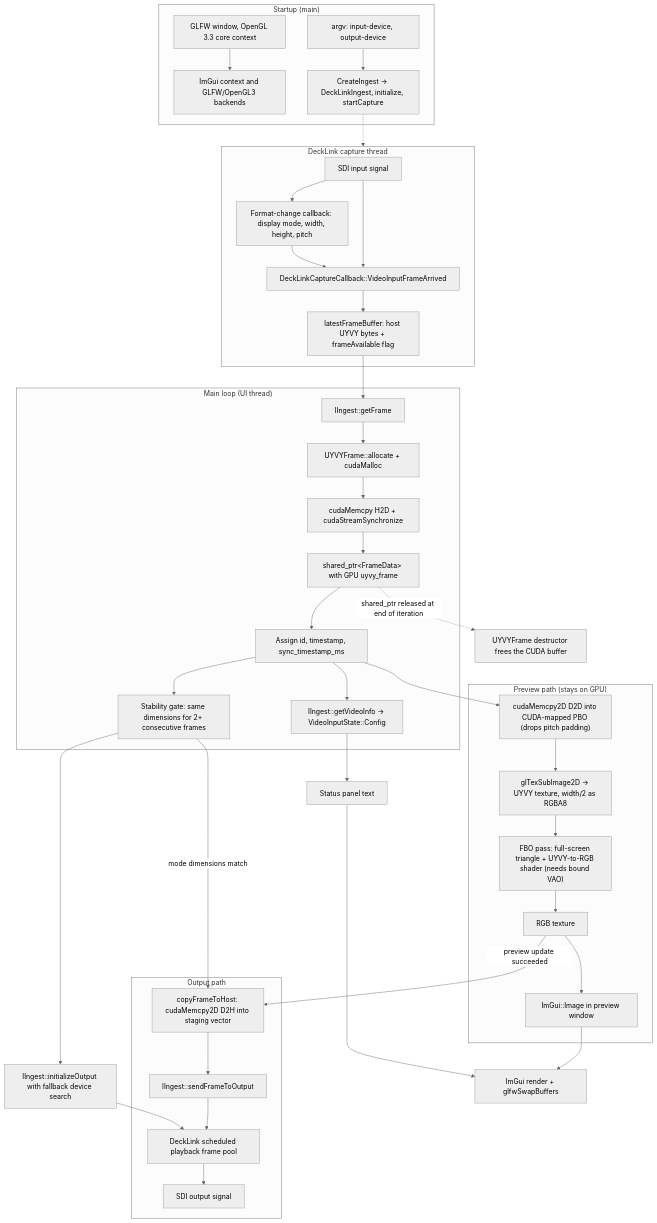
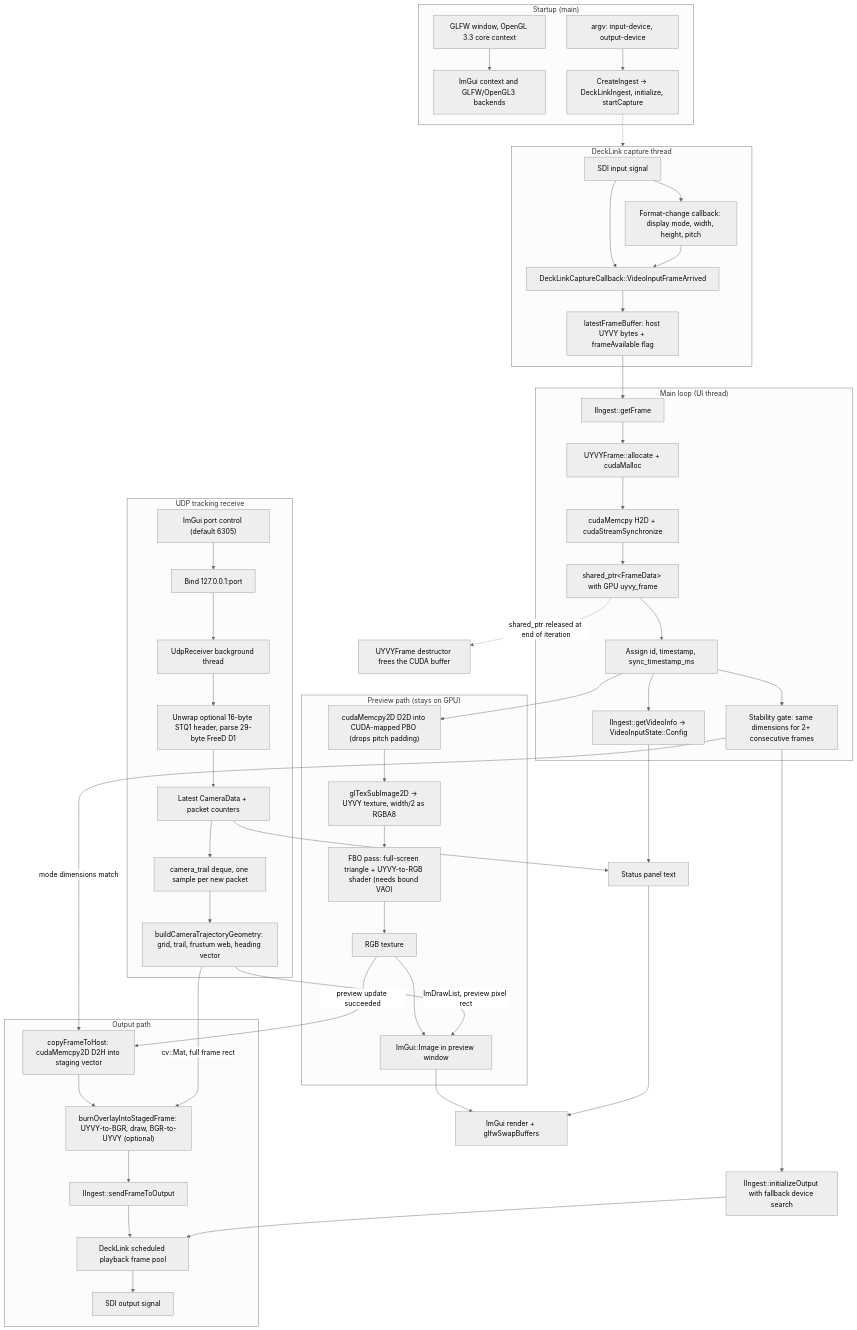
The diagram in ARCHITECTURE.md (shivamp-quidich/Television), drawn with Mermaid (neutral theme) before and after one commit. The commit also changed other lines of this file and 8 other files, not shown here.

Commit message:
adding spider frustum for tracking

````diff
--- a/ARCHITECTURE.md
+++ b/ARCHITECTURE.md
@@ -12,62 +14,77 @@
 ```mermaid
 flowchart TB
     subgraph startup["Startup (main)"]
         args["argv: input-device, output-device"]
         glfw["GLFW window, OpenGL 3.3 core context"]
         imgui["ImGui context and GLFW/OpenGL3 backends"]
         create["CreateIngest -> DeckLinkIngest, initialize, startCapture"]
         args --> create
         glfw --> imgui
     end
 
     subgraph capture["DeckLink capture thread"]
         sdi_in["SDI input signal"]
         cb["DeckLinkCaptureCallback::VideoInputFrameArrived"]
         modes["Format-change callback: display mode, width, height, pitch"]
         host["latestFrameBuffer: host UYVY bytes + frameAvailable flag"]
         sdi_in --> cb --> host
         sdi_in --> modes --> cb
     end
 
     subgraph mainloop["Main loop (UI thread)"]
         get["IIngest::getFrame"]
         alloc["UYVYFrame::allocate + cudaMalloc"]
         h2d["cudaMemcpy H2D + cudaStreamSynchronize"]
         fd["shared_ptr&lt;FrameData&gt; with GPU uyvy_frame"]
         meta["Assign id, timestamp, sync_timestamp_ms"]
         info["IIngest::getVideoInfo -> VideoInputState::Config"]
         gate["Stability gate: same dimensions for 2+ consecutive frames"]
         get --> alloc --> h2d --> fd --> meta
         meta --> info
         meta --> gate
     end
 
     subgraph previewpath["Preview path (stays on GPU)"]
         d2d["cudaMemcpy2D D2D into CUDA-mapped PBO (drops pitch padding)"]
         tex_uyvy["glTexSubImage2D -> UYVY texture, width/2 as RGBA8"]
         draw["FBO pass: full-screen triangle + UYVY-to-RGB shader (needs bound VAO)"]
         tex_rgb["RGB texture"]
         image["ImGui::Image in preview window"]
         d2d --> tex_uyvy --> draw --> tex_rgb --> image
     end
 
     subgraph outputpath["Output path"]
         d2h["copyFrameToHost: cudaMemcpy2D D2H into staging vector"]
+        burn["burnOverlayIntoStagedFrame: UYVY-to-BGR, draw, BGR-to-UYVY (optional)"]
         send["IIngest::sendFrameToOutput"]
         sched["DeckLink scheduled playback frame pool"]
         sdi_out["SDI output signal"]
-        d2h --> send --> sched --> sdi_out
+        d2h --> burn --> send --> sched --> sdi_out
     end
 
     create -.-> capture
     host --> get
     meta --> d2d
     gate --> initout["IIngest::initializeOutput with fallback device search"]
     initout --> sched
     gate -->|"mode dimensions match"| d2h
     tex_rgb -->|"preview update succeeded"| d2h
     info --> statuspanel["Status panel text"]
     image --> swap["ImGui render + glfwSwapBuffers"]
     statuspanel --> swap
     fd -.->|"shared_ptr released at end of iteration"| free["UYVYFrame destructor frees the CUDA buffer"]
+
+    subgraph udp["UDP tracking receive"]
+        ui_port["ImGui port control (default 6305)"]
+        bind["Bind 127.0.0.1:port"]
+        recv["UdpReceiver background thread"]
+        freed["Unwrap optional 16-byte STQ1 header, parse 29-byte FreeD D1"]
+        pose["Latest CameraData + packet counters"]
+        trail["camera_trail deque, one sample per new packet"]
+        geom["buildCameraTrajectoryGeometry: grid, trail, frustum web, heading vector"]
+        ui_port --> bind --> recv --> freed --> pose --> trail --> geom
+    end
+    pose --> statuspanel
+    geom -->|"ImDrawList, preview pixel rect"| image
+    geom -->|"cv::Mat, full frame rect"| burn
 ```
````
